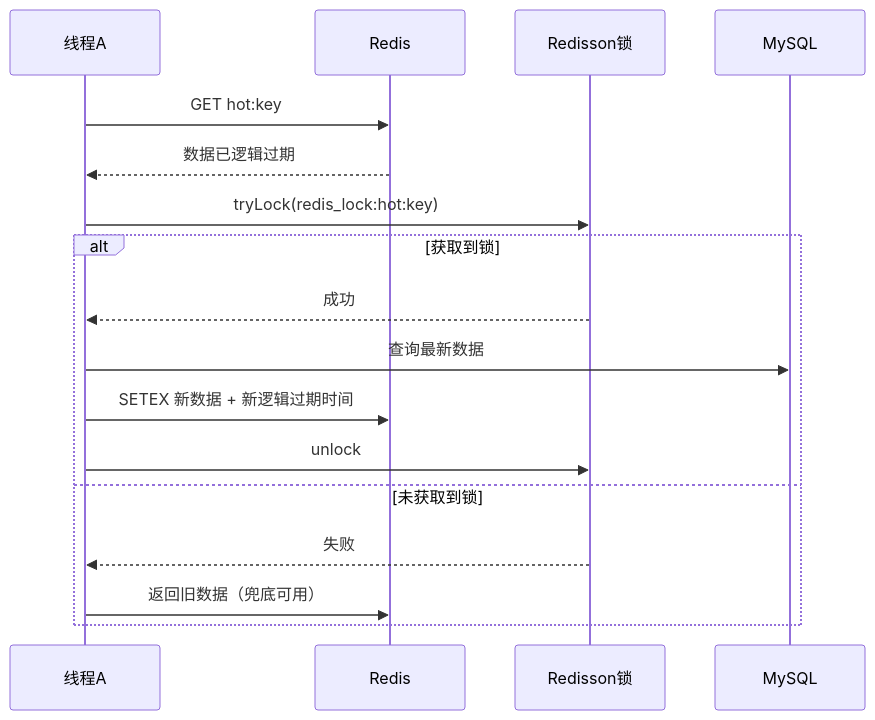
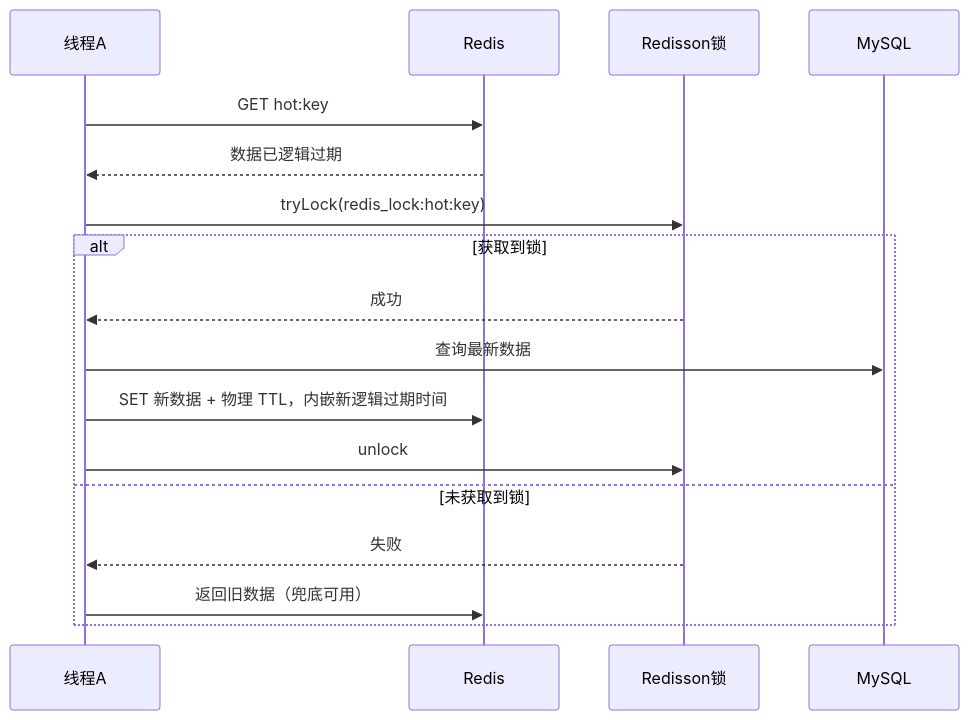
The fifth of 12 diagrams in docs/架构设计.md (wangn-tech/movie-seckill), drawn with Mermaid before and after one commit. The commit also changed other lines of this file and 3 other files, not shown here.

````diff
--- a/docs/架构设计.md
+++ b/docs/架构设计.md
@@ -196,20 +196,20 @@
 ```mermaid
 sequenceDiagram
     participant A as 线程A
     participant RDS as Redis
     participant LOCK as Redisson锁
     participant DB as MySQL
 
     A->>RDS: GET hot:key
     RDS-->>A: 数据已逻辑过期
     A->>LOCK: tryLock(redis_lock:hot:key)
     alt 获取到锁
         LOCK-->>A: 成功
         A->>DB: 查询最新数据
-        A->>RDS: SETEX 新数据 + 新逻辑过期时间
+        A->>RDS: SET 新数据 + 物理 TTL，内嵌新逻辑过期时间
         A->>LOCK: unlock
     else 未获取到锁
         LOCK-->>A: 失败
         A->>RDS: 返回旧数据（兜底可用）
     end
 ```
````
